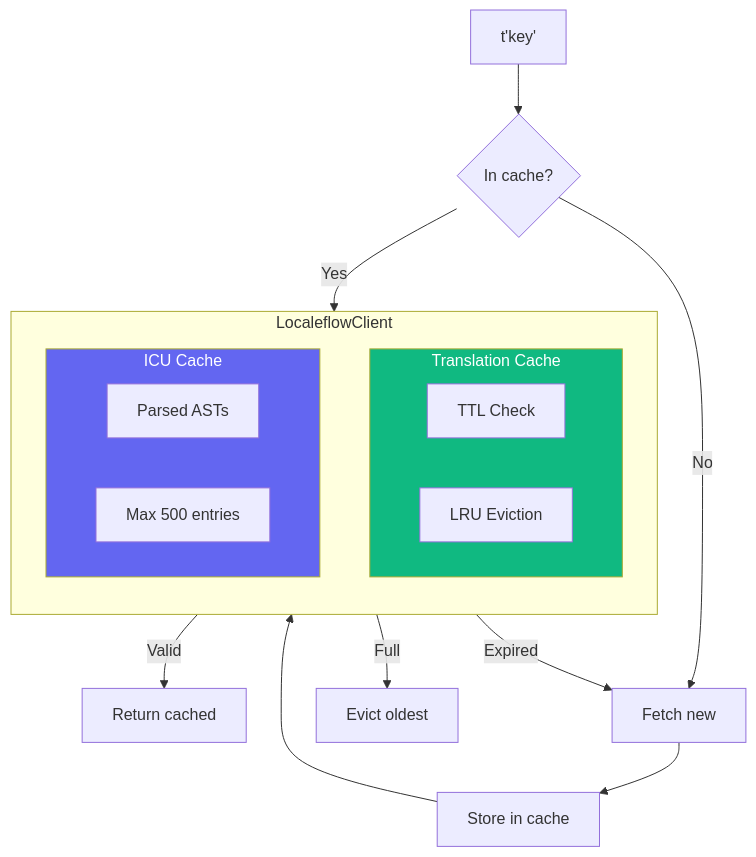
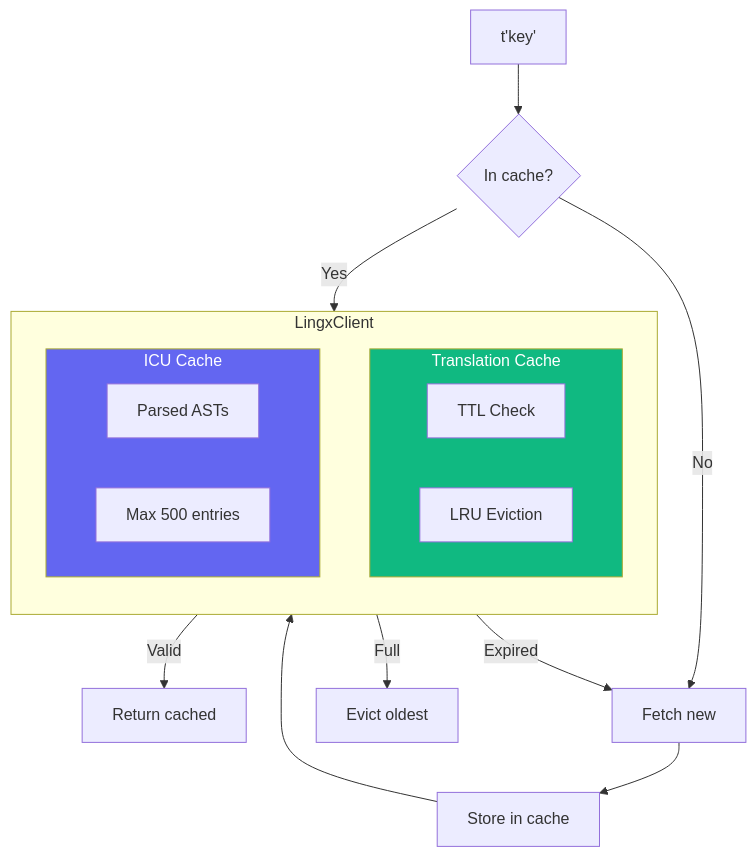
Before and after one commit to VinniZP/lingx: the first of 3 diagrams in packages/sdk-nextjs/docs/advanced.md, drawn with Mermaid. The commit also changed other lines of this file and 322 other files, not shown here.

````diff
--- a/packages/sdk-nextjs/docs/advanced.md
+++ b/packages/sdk-nextjs/docs/advanced.md
@@ -9,33 +9,33 @@
 ```mermaid
 flowchart TD
-    subgraph Client["LocaleflowClient"]
+    subgraph Client["LingxClient"]
         direction TB
         TC[TranslationCache]
         IC[ICU AST Cache]
     end
 
     subgraph TC["Translation Cache"]
         direction LR
         TTL["TTL Check"]
         LRU["LRU Eviction"]
     end
 
     subgraph IC["ICU Cache"]
         direction LR
         AST["Parsed ASTs"]
         MAX["Max 500 entries"]
     end
 
     Request[t'key'] --> Check{In cache?}
     Check -->|Yes| TTL
     TTL -->|Valid| Return[Return cached]
     TTL -->|Expired| Fetch[Fetch new]
     Check -->|No| Fetch
 
     Fetch --> Store[Store in cache]
     Store --> LRU
     LRU -->|Full| Evict[Evict oldest]
 
     style TC fill:#10b981,color:#fff
     style IC fill:#6366f1,color:#fff
 ```
````
